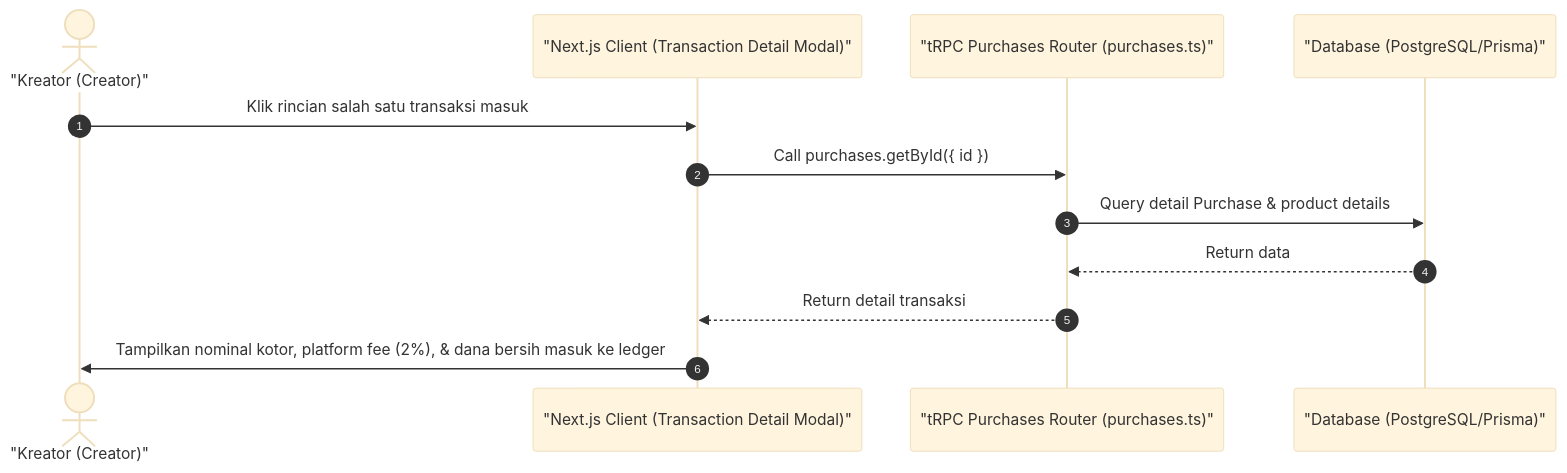
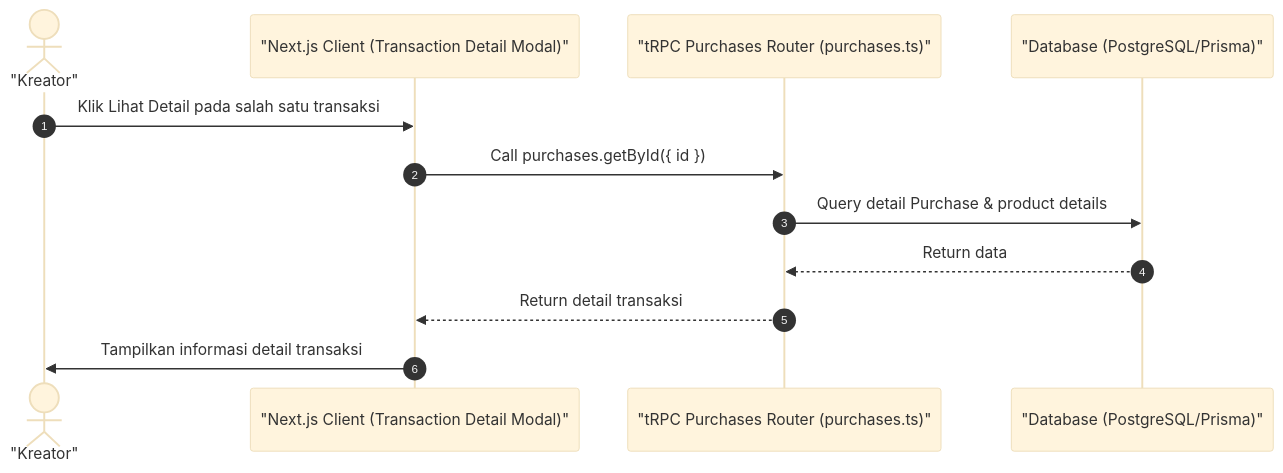
One commit to luputer/CuanIN changed the diagram in docs/28-creator-transaction-detail.md. Above: the diagram before and after it, drawn with Mermaid (base theme). The commit also changed 53 other files, not shown here.

````diff
--- a/docs/28-creator-transaction-detail.md
+++ b/docs/28-creator-transaction-detail.md
@@ -5,16 +5,16 @@
 ```mermaid
 sequenceDiagram
     autonumber
-    actor Creator as "Kreator (Creator)"
+    actor Creator as "Kreator"
     participant Client as "Next.js Client (Transaction Detail Modal)"
     participant Server as "tRPC Purchases Router (purchases.ts)"
     participant DB as "Database (PostgreSQL/Prisma)"
 
-    Creator->>Client: Klik rincian salah satu transaksi masuk
+    Creator->>Client: Klik Lihat Detail pada salah satu transaksi
     Client->>Server: Call purchases.getById({ id })
     Server->>DB: Query detail Purchase & product details
     DB-->>Server: Return data
     Server-->>Client: Return detail transaksi
-    Client->>Creator: Tampilkan nominal kotor, platform fee (2%), & dana bersih masuk ke ledger
+    Client->>Creator: Tampilkan informasi detail transaksi
 
 ```
````
